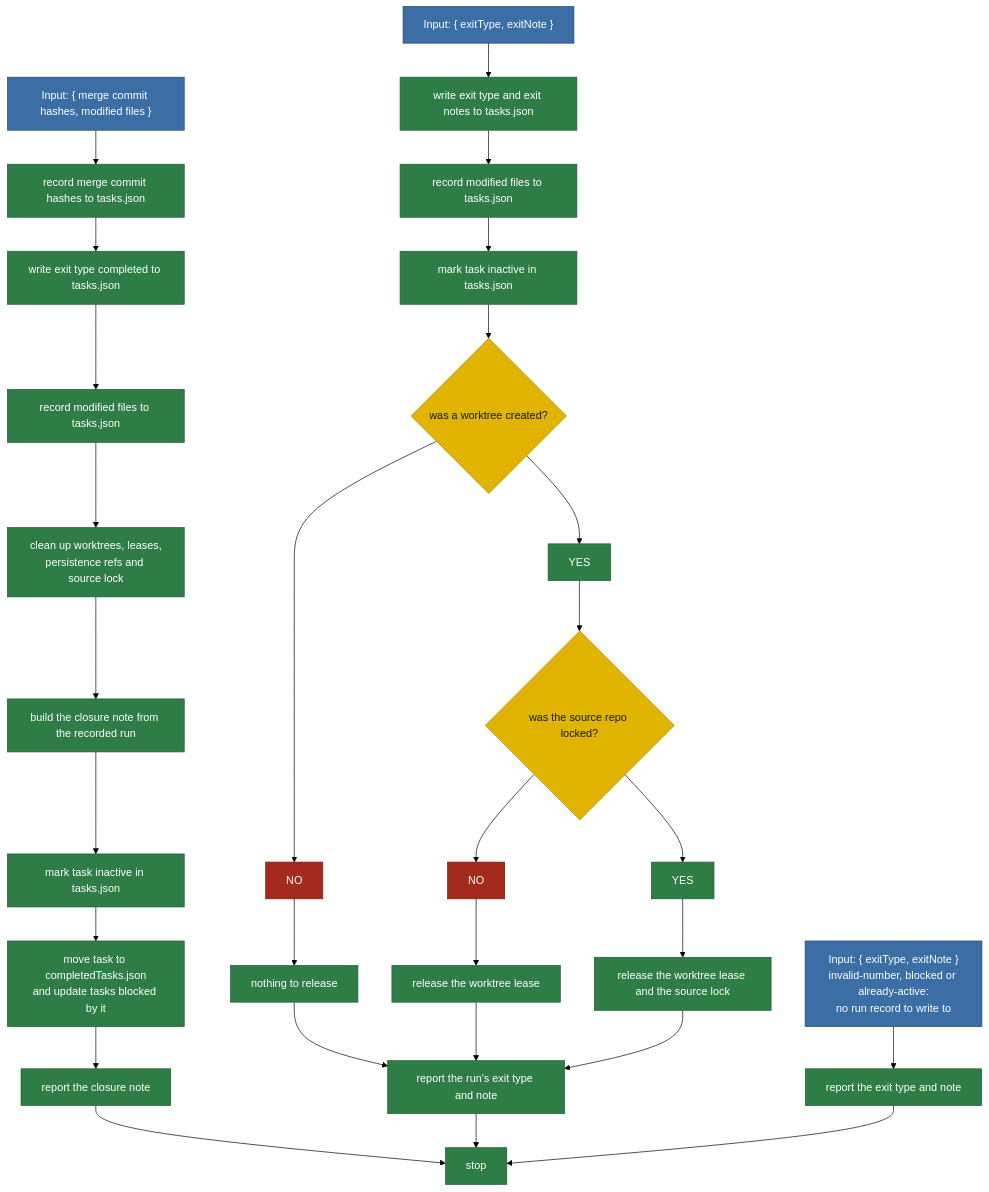
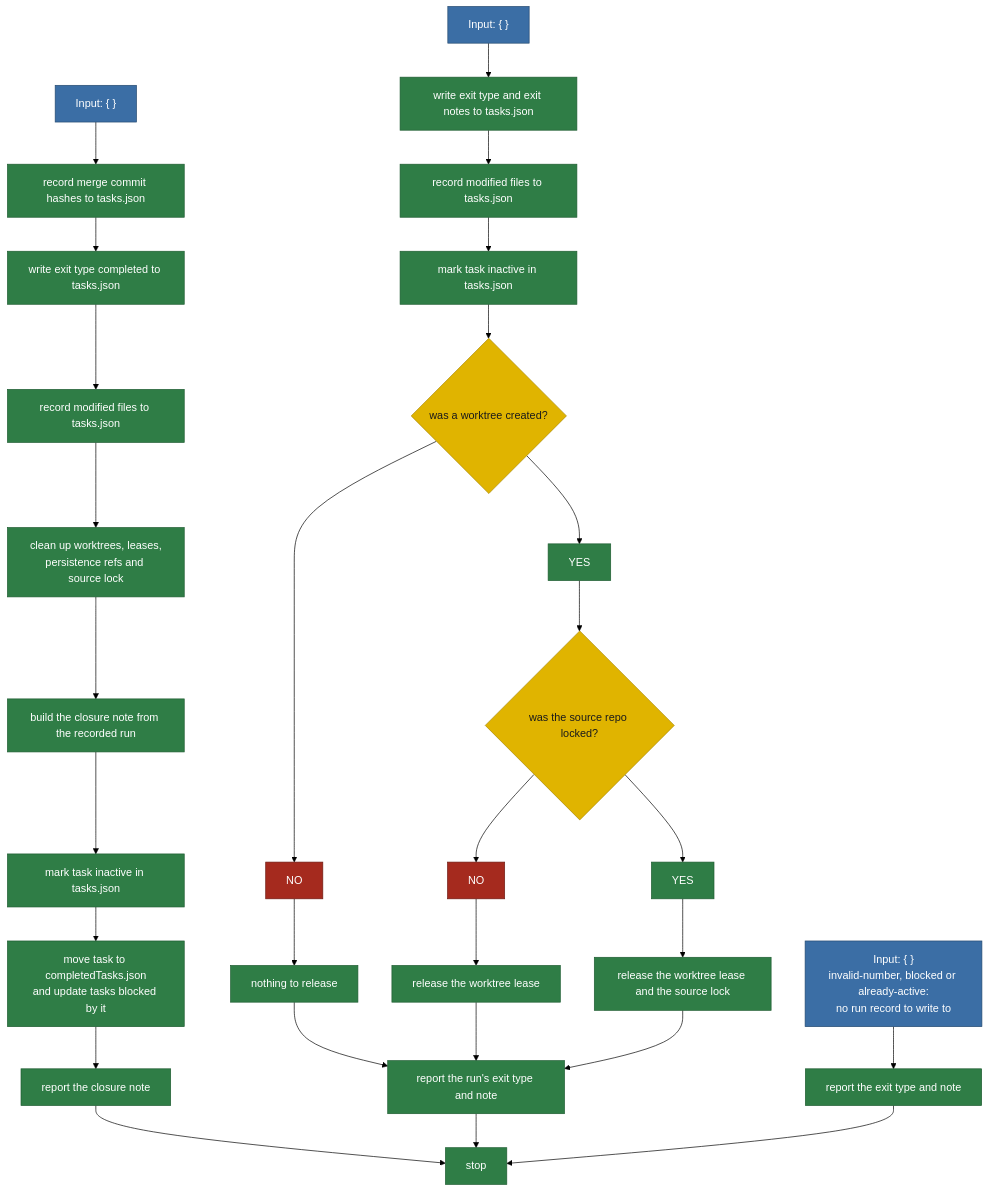
Before and after one commit to matkatmusic/taskTools: the diagram in plans/diagram/pipeline-exitWorkflow.mmd, drawn with Mermaid (forest theme). The commit also changed 22 other files, not shown here.

```diff
--- a/plans/diagram/pipeline-exitWorkflow.mmd
+++ b/plans/diagram/pipeline-exitWorkflow.mmd
@@ -1,97 +1,97 @@
 flowchart TB
 %% EXIT WORKFLOW. Split from pipeline.mmd. Every pipeline ends here.
 %% Two inputs, two tails:
 %%   the merge receipt from the rebase and merge pipeline -> the success tail
 %%   an exit type and exit note from any pipeline          -> the failure tail
 %% Rules that apply everywhere, not steps:
 %%   1. Every git interaction goes through a script. Never prose.
 %%   2. Every read and write of tasks.json is atomic.
 %%   3. Every box that touches the working tree operates on every repository
 %%      layer, deepest submodule first, root last. Boxes that only read or write
 %%      tasks.json do not.
 %%   4. Exactly one box releases the source repo lock on the failure tail. The
 %%      release line names only what is actually held: nothing before a
 %%      worktree exists, the lease only before the source repo was locked, both
 %%      after. "clean up" releases both on the success tail.
 %%   5. A script that fails operationally, as opposed to returning a verdict,
 %%      exits the run as run-failed. No step is retried after it has mutated
 %%      anything. How far this workflow can run depends on where the failure
 %%      happened, and there are four cases:
 %%        before the task is active - report and stop; there is no run to write to
 %%        active, no worktree      - this workflow runs; modified files records []
 %%        active, with worktree    - this workflow runs in full
 %%        during the archive, after "mark task inactive"
 %%                                - the run is already ended, so this workflow
 %%                                  reopens it, overwrites exit type completed
 %%                                  with run-failed, and re-ends it
 %%   6. A mutating box whose result is lost is never blindly retried and never
 %%      assumed failed. Each one has a read-only reconciliation check that reads
 %%      the world and decides whether it already happened. A safe idempotent
 %%      rerun happens only after reconciliation proves it did not complete. Only
 %%      an ambiguous loss is run-failed.
 %%   7. A task stays unavailable to another run from "mark the task active" until
 %%      its archive lands. "mark task inactive" ends the run but does NOT reopen
 %%      the task: a task whose newest ended run exited completed, and which is
 %%      still in tasks.json, is closing, and a second invocation must refuse it.
 %% Exit types that reach [stop]:
 %%   completed          - archived to completedTasks.json
 %%   invalid-number     - not in tasks.json or completedTasks.json
 %%   already-active     - a previous run left the task active
 %%   blocked            - an open blocker remains
 %%   plan-scrapped      - codex scrapped the plan twice
 %%   tests-red          - task tests still failing after 2 fix attempts
 %%   tests-flagged      - codex flagged the tests twice
 %%   suite-red          - full suite still failing after 2 fix attempts
 %%   rebase-stuck       - the rebase did not advance after 2 conflict fixes
 %%   merge-failed       - the merge did not land twice
 %%   fence-violation    - a step changed a file the task does not own
 %%   run-failed         - a script failed operationally
 %% invalid-number, blocked and already-active are the only exits that write
 %% nothing to tasks.json: all three happen before "mark the task active", so
 %% there is no run record to write to, and already-active must not touch a run
 %% that belongs to another invocation. All three take the report-only tail.
 %% Every other exit takes the failure tail.
 
-  MERGE_RECEIPT_INPUT["Input: { merge commit hashes, modified files }"] --> RECORD_MERGE_COMMIT_HASHES["record merge commit hashes to tasks.json"]
+  MERGE_RECEIPT_INPUT["Input: { }"] --> RECORD_MERGE_COMMIT_HASHES["record merge commit hashes to tasks.json"]
   RECORD_MERGE_COMMIT_HASHES --> WRITE_EXIT_TYPE_COMPLETED["write exit type completed to tasks.json"]
   WRITE_EXIT_TYPE_COMPLETED --> RECORD_MODIFIED_FILES_SUCCESS["record modified files to tasks.json"]
   RECORD_MODIFIED_FILES_SUCCESS --> CLEAN_UP_WORKTREES["clean up worktrees, leases,<br/>persistence refs and source lock"]
   CLEAN_UP_WORKTREES --> BUILD_CLOSURE_NOTE["build the closure note from the recorded run"]
   BUILD_CLOSURE_NOTE --> MARK_TASK_INACTIVE_SUCCESS["mark task inactive in tasks.json"]
   MARK_TASK_INACTIVE_SUCCESS --> ARCHIVE_TASK["move task to completedTasks.json<br/>and update tasks blocked by it"]
   ARCHIVE_TASK --> REPORT_CLOSURE_NOTE["report the closure note"]
   REPORT_CLOSURE_NOTE --> STOP["stop"]
 
-  EXIT_TYPE_NOTE_INPUT["Input: { exitType, exitNote }"] --> WRITE_EXIT_TYPE_AND_NOTE["write exit type and exit notes to tasks.json"]
+  EXIT_TYPE_NOTE_INPUT["Input: { }"] --> WRITE_EXIT_TYPE_AND_NOTE["write exit type and exit notes to tasks.json"]
   WRITE_EXIT_TYPE_AND_NOTE --> RECORD_MODIFIED_FILES_FAILURE["record modified files to tasks.json"]
   RECORD_MODIFIED_FILES_FAILURE --> MARK_TASK_INACTIVE_FAILURE["mark task inactive in tasks.json"]
   MARK_TASK_INACTIVE_FAILURE --> WAS_WORKTREE_CREATED{"was a worktree created?"}
   WAS_WORKTREE_CREATED --> WAS_WORKTREE_CREATED_YES["YES"]
   WAS_WORKTREE_CREATED --> WAS_WORKTREE_CREATED_NO["NO"]
   WAS_WORKTREE_CREATED_NO --> NOTHING_TO_RELEASE["nothing to release"]
   NOTHING_TO_RELEASE --> REPORT_EXIT_TYPE_AND_NOTE["report the run's exit type and note"]
 
   WAS_WORKTREE_CREATED_YES --> WAS_SOURCE_REPO_LOCKED{"was the source repo locked?"}
   WAS_SOURCE_REPO_LOCKED --> WAS_SOURCE_REPO_LOCKED_YES["YES"]
   WAS_SOURCE_REPO_LOCKED --> WAS_SOURCE_REPO_LOCKED_NO["NO"]
   WAS_SOURCE_REPO_LOCKED_NO --> RELEASE_WORKTREE_LEASE["release the worktree lease"]
   RELEASE_WORKTREE_LEASE --> REPORT_EXIT_TYPE_AND_NOTE
   WAS_SOURCE_REPO_LOCKED_YES --> RELEASE_WORKTREE_LEASE_AND_LOCK["release the worktree lease and the source lock"]
   RELEASE_WORKTREE_LEASE_AND_LOCK --> REPORT_EXIT_TYPE_AND_NOTE
   REPORT_EXIT_TYPE_AND_NOTE --> STOP
 
-  EXIT_TYPE_NOTE_NO_WRITE_INPUT["Input: { exitType, exitNote }<br/>invalid-number, blocked or already-active:<br/>no run record to write to"] --> REPORT_EXIT_TYPE_NO_WRITE["report the exit type and note"]
+  EXIT_TYPE_NOTE_NO_WRITE_INPUT["Input: { }<br/>invalid-number, blocked or already-active:<br/>no run record to write to"] --> REPORT_EXIT_TYPE_NO_WRITE["report the exit type and note"]
   REPORT_EXIT_TYPE_NO_WRITE --> STOP
 
   classDef script fill:#2f7d46,stroke:#1e5c31,color:#ffffff
   classDef prose fill:#e0b400,stroke:#a88600,color:#1a1a1a
   classDef decision fill:#e0b400,stroke:#a88600,color:#1a1a1a
   classDef output fill:#3b6ea5,stroke:#254a70,color:#ffffff
   classDef fail fill:red,stroke:#254a70,color:#ffffff
   classDef pass fill:#2f7d46,stroke:#1e5c31,color:#ffffff
   classDef nopass fill:#a52a1e,stroke:#6d1a12,color:#ffffff
   class WAS_WORKTREE_CREATED,WAS_SOURCE_REPO_LOCKED decision
   class WAS_WORKTREE_CREATED_YES,WAS_SOURCE_REPO_LOCKED_YES pass
   class WAS_WORKTREE_CREATED_NO,WAS_SOURCE_REPO_LOCKED_NO nopass
   class RECORD_MERGE_COMMIT_HASHES,WRITE_EXIT_TYPE_COMPLETED,RECORD_MODIFIED_FILES_SUCCESS,CLEAN_UP_WORKTREES,BUILD_CLOSURE_NOTE,MARK_TASK_INACTIVE_SUCCESS,ARCHIVE_TASK,REPORT_CLOSURE_NOTE,WRITE_EXIT_TYPE_AND_NOTE,RECORD_MODIFIED_FILES_FAILURE,MARK_TASK_INACTIVE_FAILURE,NOTHING_TO_RELEASE,RELEASE_WORKTREE_LEASE,RELEASE_WORKTREE_LEASE_AND_LOCK,REPORT_EXIT_TYPE_AND_NOTE,REPORT_EXIT_TYPE_NO_WRITE,STOP script
   class MERGE_RECEIPT_INPUT,EXIT_TYPE_NOTE_INPUT,EXIT_TYPE_NOTE_NO_WRITE_INPUT output
```
